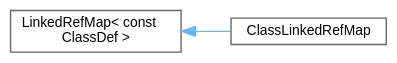
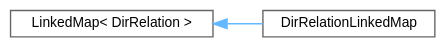
Before and after one commit to skyrich62/doxygen: the diagram in inherit_graph_533.dot, drawn with Graphviz. The commit also changed 11221 other files, not shown here.

```diff
--- a/inherit_graph_533.dot
+++ b/inherit_graph_533.dot
@@ -1,12 +1,12 @@
 digraph "Graphical Class Hierarchy"
 {
  // INTERACTIVE_SVG=YES
  // LATEX_PDF_SIZE
   bgcolor="transparent";
   edge [fontname=Helvetica,fontsize=10,labelfontname=Helvetica,labelfontsize=10];
   node [fontname=Helvetica,fontsize=10,shape=box,height=0.2,width=0.4];
   rankdir="LR";
-  Node0 [label="LinkedRefMap\< const\l ClassDef \>",height=0.2,width=0.4,color="grey40", fillcolor="white", style="filled",URL="$d2/db7/class_linked_ref_map.html",tooltip=" "];
+  Node0 [label="LinkedMap\< DirRelation \>",height=0.2,width=0.4,color="grey40", fillcolor="white", style="filled",URL="$d0/d2c/class_linked_map.html",tooltip=" "];
   Node0 -> Node1 [dir="back",color="steelblue1",style="solid"];
-  Node1 [label="ClassLinkedRefMap",height=0.2,width=0.4,color="grey40", fillcolor="white", style="filled",URL="$da/d08/class_class_linked_ref_map.html",tooltip=" "];
+  Node1 [label="DirRelationLinkedMap",height=0.2,width=0.4,color="grey40", fillcolor="white", style="filled",URL="$d4/d03/class_dir_relation_linked_map.html",tooltip=" "];
 }
```
